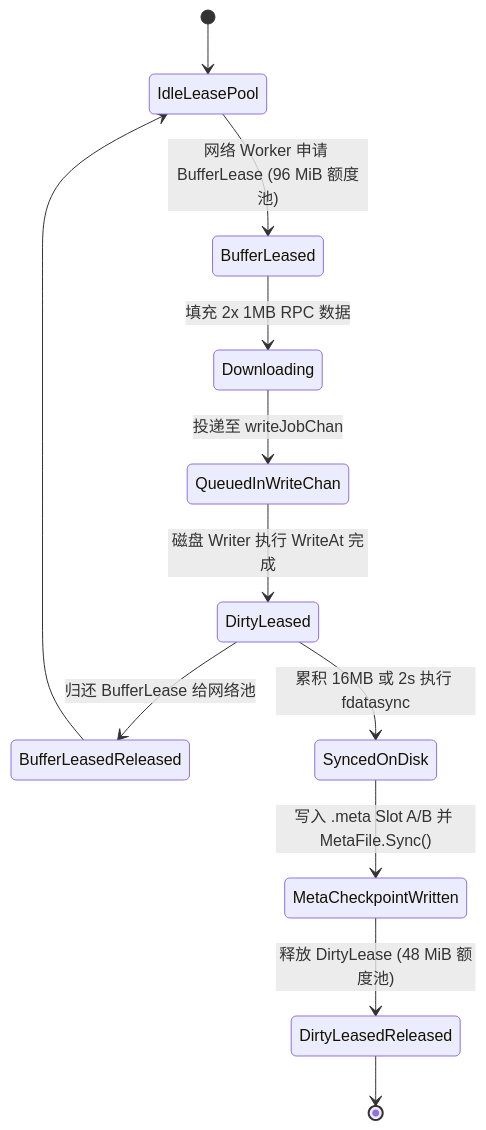
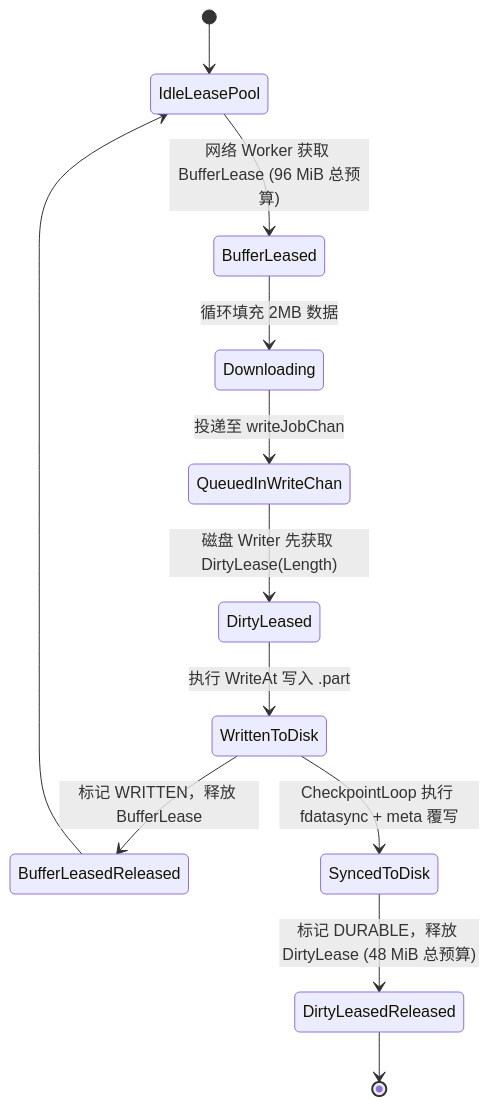
Before and after one commit to Hittlert/TGX: the second of 3 diagrams in docs/STREAMING_BLOCK_ENGINE_DESIGN.md, drawn with Mermaid. The commit also changed other lines of this file and 2 other files, not shown here.

Commit message:
docs: consolidate master architecture specification with embedded sing-box and strict SBE v4.1 engineering rules

````diff
--- a/docs/STREAMING_BLOCK_ENGINE_DESIGN.md
+++ b/docs/STREAMING_BLOCK_ENGINE_DESIGN.md
@@ -143,14 +141,14 @@
 ```mermaid
 stateDiagram-v2
     [*] --> IdleLeasePool
-    IdleLeasePool --> BufferLeased: 网络 Worker 申请 BufferLease (96 MiB 额度池)
-    BufferLeased --> Downloading: 填充 2x 1MB RPC 数据
+    IdleLeasePool --> BufferLeased: 网络 Worker 获取 BufferLease (96 MiB 总预算)
+    BufferLeased --> Downloading: 循环填充 2MB 数据
     Downloading --> QueuedInWriteChan: 投递至 writeJobChan
-    QueuedInWriteChan --> DirtyLeased: 磁盘 Writer 执行 WriteAt 完成
-    DirtyLeased --> BufferLeasedReleased: 归还 BufferLease 给网络池
+    QueuedInWriteChan --> DirtyLeased: 磁盘 Writer 先获取 DirtyLease(Length)
+    DirtyLeased --> WrittenToDisk: 执行 WriteAt 写入 .part
+    WrittenToDisk --> BufferLeasedReleased: 标记 WRITTEN，释放 BufferLease
     BufferLeasedReleased --> IdleLeasePool
-    DirtyLeased --> SyncedOnDisk: 累积 16MB 或 2s 执行 fdatasync
-    SyncedOnDisk --> MetaCheckpointWritten: 写入 .meta Slot A/B 并 MetaFile.Sync()
-    MetaCheckpointWritten --> DirtyLeasedReleased: 释放 DirtyLease (48 MiB 额度池)
+    WrittenToDisk --> SyncedToDisk: CheckpointLoop 执行 fdatasync + meta 覆写
+    SyncedToDisk --> DirtyLeasedReleased: 标记 DURABLE，释放 DirtyLease (48 MiB 总预算)
     DirtyLeasedReleased --> [*]
 ```
````
